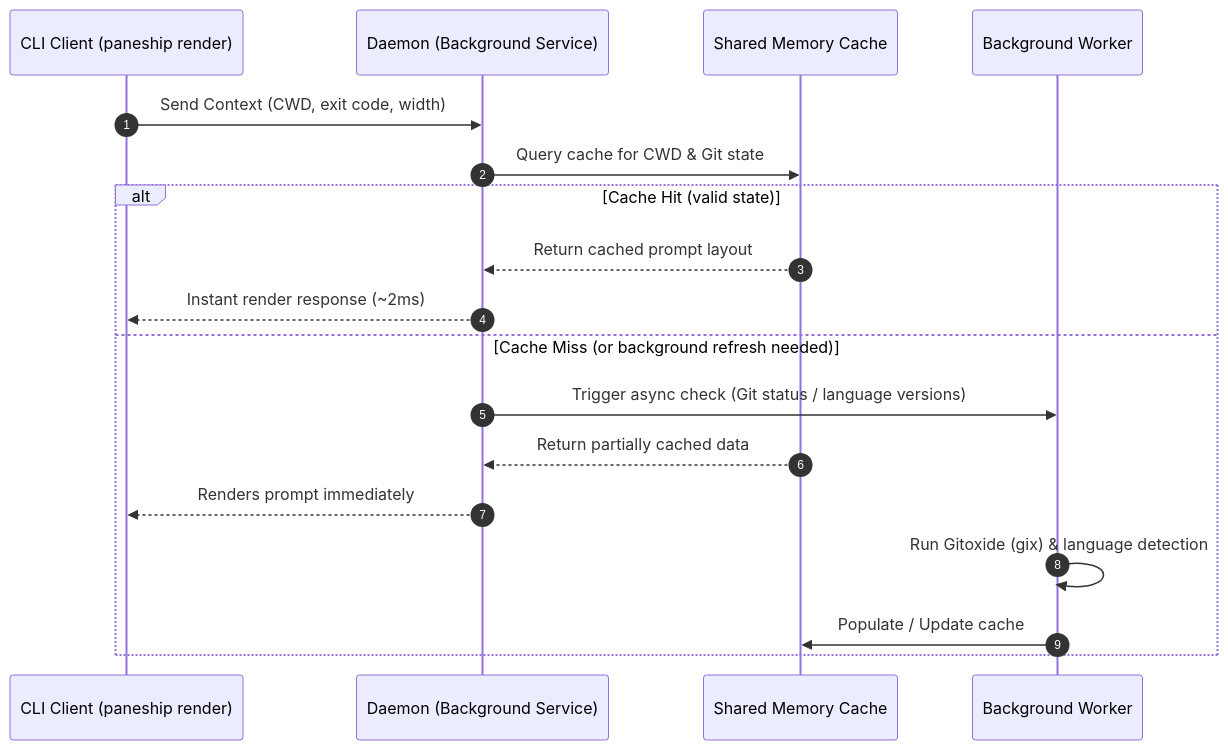
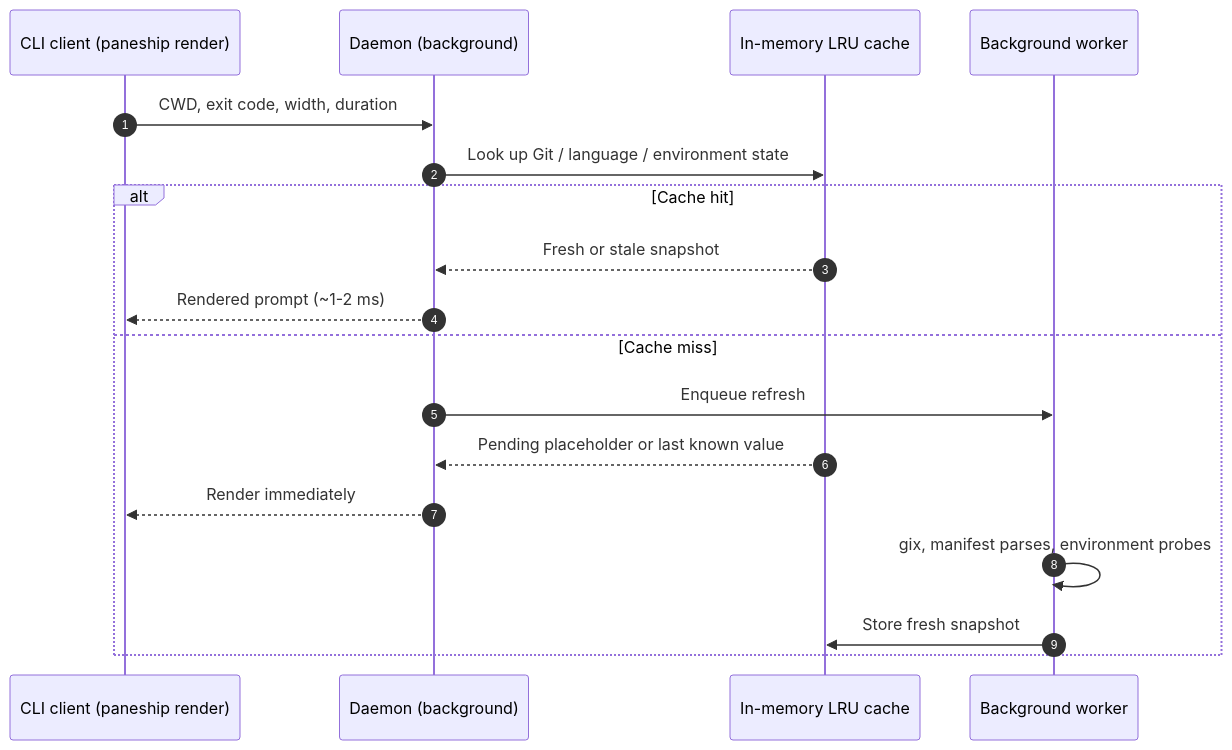
One commit to andev0x/paneship changed the diagram in README.md. Above: the diagram before and after it, drawn with Mermaid. The commit also changed other lines of this file and 24 other files, not shown here.

````diff
--- a/README.md
+++ b/README.md
@@ -304,21 +266,21 @@
 ```mermaid
 sequenceDiagram
     autonumber
-    participant Client as CLI Client (paneship render)
-    participant Daemon as Daemon (Background Service)
-    participant Cache as Shared Memory Cache
-    participant Worker as Background Worker
+    participant Client as CLI client (paneship render)
+    participant Daemon as Daemon (background)
+    participant Cache as In-memory LRU cache
+    participant Worker as Background worker
 
-    Client->>Daemon: Send Context (CWD, exit code, width)
-    Daemon->>Cache: Query cache for CWD & Git state
-    alt Cache Hit (valid state)
-        Cache-->>Daemon: Return cached prompt layout
-        Daemon-->>Client: Instant render response (~2ms)
-    else Cache Miss (or background refresh needed)
-        Daemon->>Worker: Trigger async check (Git status / language versions)
-        Cache-->>Daemon: Return partially cached data
-        Daemon-->>Client: Renders prompt immediately
-        Worker->>Worker: Run Gitoxide (gix) & language detection
-        Worker->>Cache: Populate / Update cache
+    Client->>Daemon: CWD, exit code, width, duration
+    Daemon->>Cache: Look up Git / language / environment state
+    alt Cache hit
+        Cache-->>Daemon: Fresh or stale snapshot
+        Daemon-->>Client: Rendered prompt (~1-2 ms)
+    else Cache miss
+        Daemon->>Worker: Enqueue refresh
+        Cache-->>Daemon: Pending placeholder or last known value
+        Daemon-->>Client: Render immediately
+        Worker->>Worker: gix, manifest parses, environment probes
+        Worker->>Cache: Store fresh snapshot
     end
 ```
````
